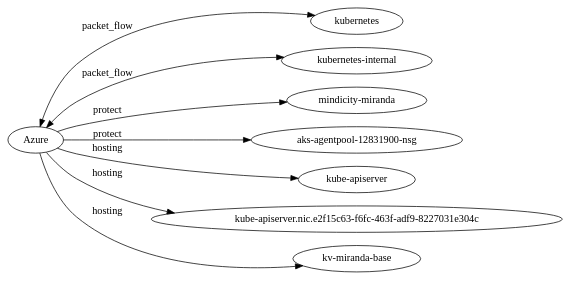
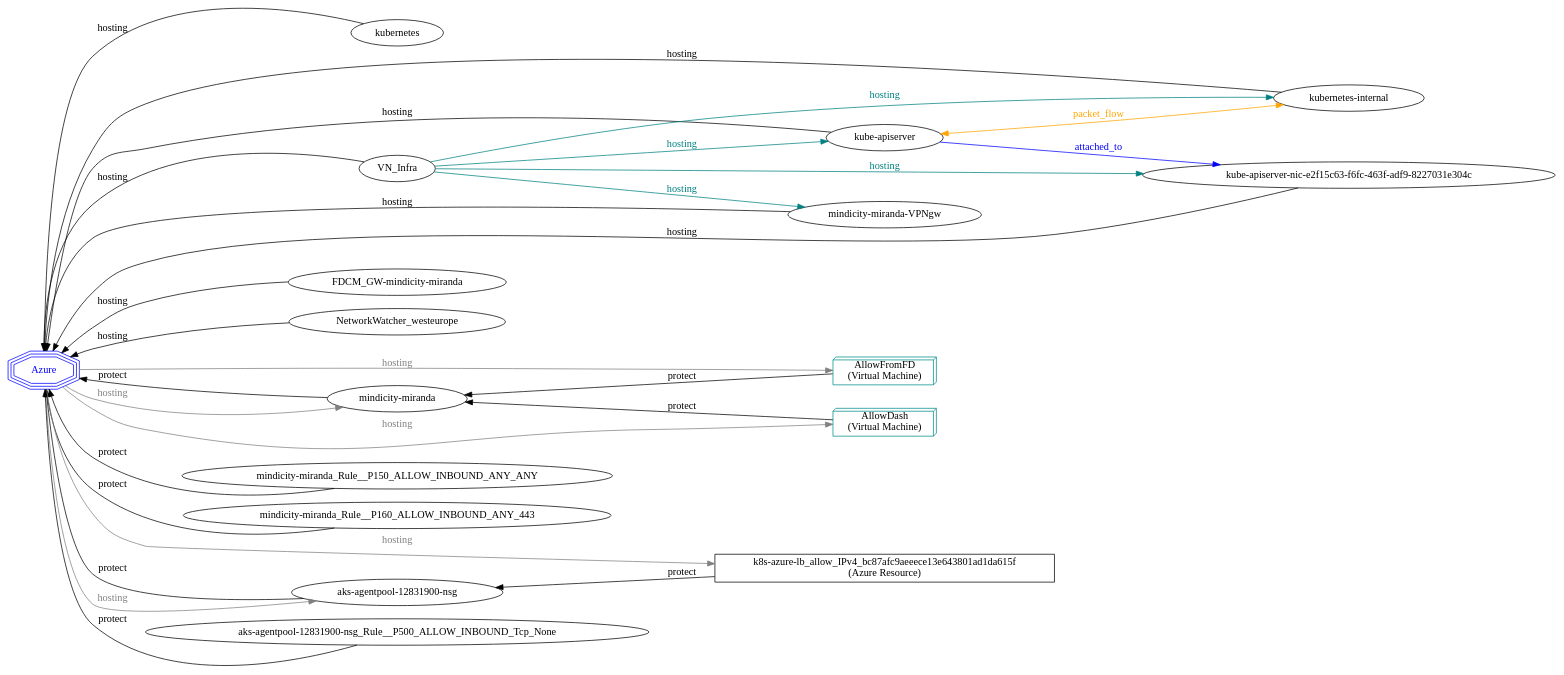
The diagram in src/otupy/apps/ctxd/ABDEL_TEST/azure_graph.gv (mattereppe/otupy), drawn with Graphviz before and after one commit. The commit also changed 5 other files, not shown here.

Commit message:
graph improved

```diff
--- a/src/otupy/apps/ctxd/ABDEL_TEST/azure_graph.gv
+++ b/src/otupy/apps/ctxd/ABDEL_TEST/azure_graph.gv
@@ -1,18 +1,49 @@
 digraph example_graph {
 	graph [rankdir=LR]
-	azure [label=Azure]
-	kubernetes [label=kubernetes fontcolor=black]
-	azure -> kubernetes [label=packet_flow color=black dir=both fontcolor=black]
-	"kubernetes-internal" [label="kubernetes-internal" fontcolor=black]
-	azure -> "kubernetes-internal" [label=packet_flow color=black dir=both fontcolor=black]
-	"mindicity-miranda" [label="mindicity-miranda" fontcolor=black]
-	azure -> "mindicity-miranda" [label=protect color=black dir=forward fontcolor=black]
-	"aks-agentpool-12831900-nsg" [label="aks-agentpool-12831900-nsg" fontcolor=black]
-	azure -> "aks-agentpool-12831900-nsg" [label=protect color=black dir=forward fontcolor=black]
-	"kube-apiserver" [label="kube-apiserver" fontcolor=black]
-	azure -> "kube-apiserver" [label=hosting color=black dir=forward fontcolor=black]
-	"kube-apiserver.nic.e2f15c63-f6fc-463f-adf9-8227031e304c" [label="kube-apiserver.nic.e2f15c63-f6fc-463f-adf9-8227031e304c" fontcolor=black]
-	azure -> "kube-apiserver.nic.e2f15c63-f6fc-463f-adf9-8227031e304c" [label=hosting color=black dir=forward fontcolor=black]
-	"kv-miranda-base" [label="kv-miranda-base" fontcolor=black]
-	azure -> "kv-miranda-base" [label=hosting color=black dir=forward fontcolor=black]
+	azure [label=Azure color=blue fontcolor=blue shape=tripleoctagon]
+	subgraph "cluster_mc_miranda-prod-rg_miranda-prod-aks_westeurope" {
+		graph [color=lightgrey label="RG: mc_miranda-prod-rg_miranda-prod-aks_westeurope" style=filled]
+	}
+	azure -> kubernetes [label=hosting color=black dir=back fontcolor=black]
+	azure -> "kubernetes-internal" [label=hosting color=black dir=back fontcolor=black]
+	subgraph cluster_Kube_Infrastructure_RG {
+		graph [color=lightgrey label="RG: Kube_Infrastructure_RG" style=filled]
+	}
+	azure -> "mindicity-miranda-VPNgw" [label=hosting color=black dir=back fontcolor=black]
+	azure -> "FDCM_GW-mindicity-miranda" [label=hosting color=black dir=back fontcolor=black]
+	subgraph "cluster_MC_Miranda-prod-rg_miranda-prod-aks_westeurope" {
+		graph [color=lightgrey label="RG: MC_Miranda-prod-rg_miranda-prod-aks_westeurope" style=filled]
+	}
+	azure -> "kube-apiserver" [label=hosting color=black dir=back fontcolor=black]
+	subgraph cluster_NetworkWatcherRG {
+		graph [color=lightgrey label="RG: NetworkWatcherRG" style=filled]
+	}
+	azure -> NetworkWatcher_westeurope [label=hosting color=black dir=back fontcolor=black]
+	azure -> VN_Infra [label=hosting color=black dir=back fontcolor=black]
+	azure -> "kube-apiserver-nic-e2f15c63-f6fc-463f-adf9-8227031e304c" [label=hosting color=black dir=back fontcolor=black]
+	azure -> "mindicity-miranda" [label=protect color=black dir=back fontcolor=black]
+	azure -> "mindicity-miranda_Rule__P150_ALLOW_INBOUND_ANY_ANY" [label=protect color=black dir=back fontcolor=black]
+	AllowFromFD [label="AllowFromFD
+(Virtual Machine)" color=darkcyan fontcolor=black shape=box3d]
+	"mindicity-miranda" -> AllowFromFD [label=protect color=black dir=back fontcolor=black]
+	azure -> "mindicity-miranda" [label=hosting color=gray dir=forward fontcolor=gray]
+	azure -> AllowFromFD [label=hosting color=gray dir=forward fontcolor=gray]
+	azure -> "mindicity-miranda_Rule__P160_ALLOW_INBOUND_ANY_443" [label=protect color=black dir=back fontcolor=black]
+	AllowDash [label="AllowDash
+(Virtual Machine)" color=darkcyan fontcolor=black shape=box3d]
+	"mindicity-miranda" -> AllowDash [label=protect color=black dir=back fontcolor=black]
+	azure -> AllowDash [label=hosting color=gray dir=forward fontcolor=gray]
+	azure -> "aks-agentpool-12831900-nsg" [label=protect color=black dir=back fontcolor=black]
+	azure -> "aks-agentpool-12831900-nsg_Rule__P500_ALLOW_INBOUND_Tcp_None" [label=protect color=black dir=back fontcolor=black]
+	"k8s-azure-lb_allow_IPv4_bc87afc9aeeece13e643801ad1da615f" [label="k8s-azure-lb_allow_IPv4_bc87afc9aeeece13e643801ad1da615f
+(Azure Resource)" color=black fontcolor=black shape=box]
+	"aks-agentpool-12831900-nsg" -> "k8s-azure-lb_allow_IPv4_bc87afc9aeeece13e643801ad1da615f" [label=protect color=black dir=back fontcolor=black]
+	azure -> "aks-agentpool-12831900-nsg" [label=hosting color=gray dir=forward fontcolor=gray]
+	azure -> "k8s-azure-lb_allow_IPv4_bc87afc9aeeece13e643801ad1da615f" [label=hosting color=gray dir=forward fontcolor=gray]
+	"kube-apiserver" -> "kube-apiserver-nic-e2f15c63-f6fc-463f-adf9-8227031e304c" [label=attached_to color=blue dir=forward fontcolor=blue]
+	VN_Infra -> "kube-apiserver" [label=hosting color=teal dir=forward fontcolor=teal]
+	VN_Infra -> "kubernetes-internal" [label=hosting color=teal dir=forward fontcolor=teal]
+	VN_Infra -> "kube-apiserver-nic-e2f15c63-f6fc-463f-adf9-8227031e304c" [label=hosting color=teal dir=forward fontcolor=teal]
+	VN_Infra -> "mindicity-miranda-VPNgw" [label=hosting color=teal dir=forward fontcolor=teal]
+	"kube-apiserver" -> "kubernetes-internal" [label=packet_flow color=orange dir=both fontcolor=orange]
 }
```
